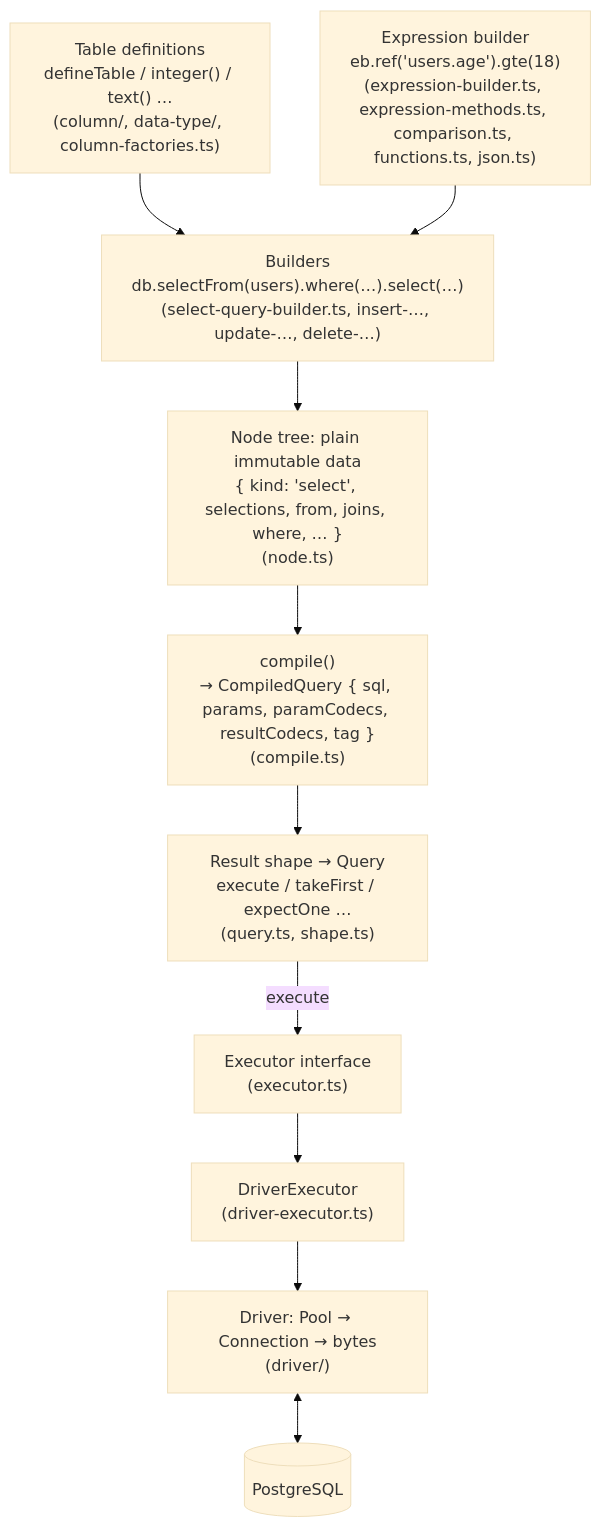
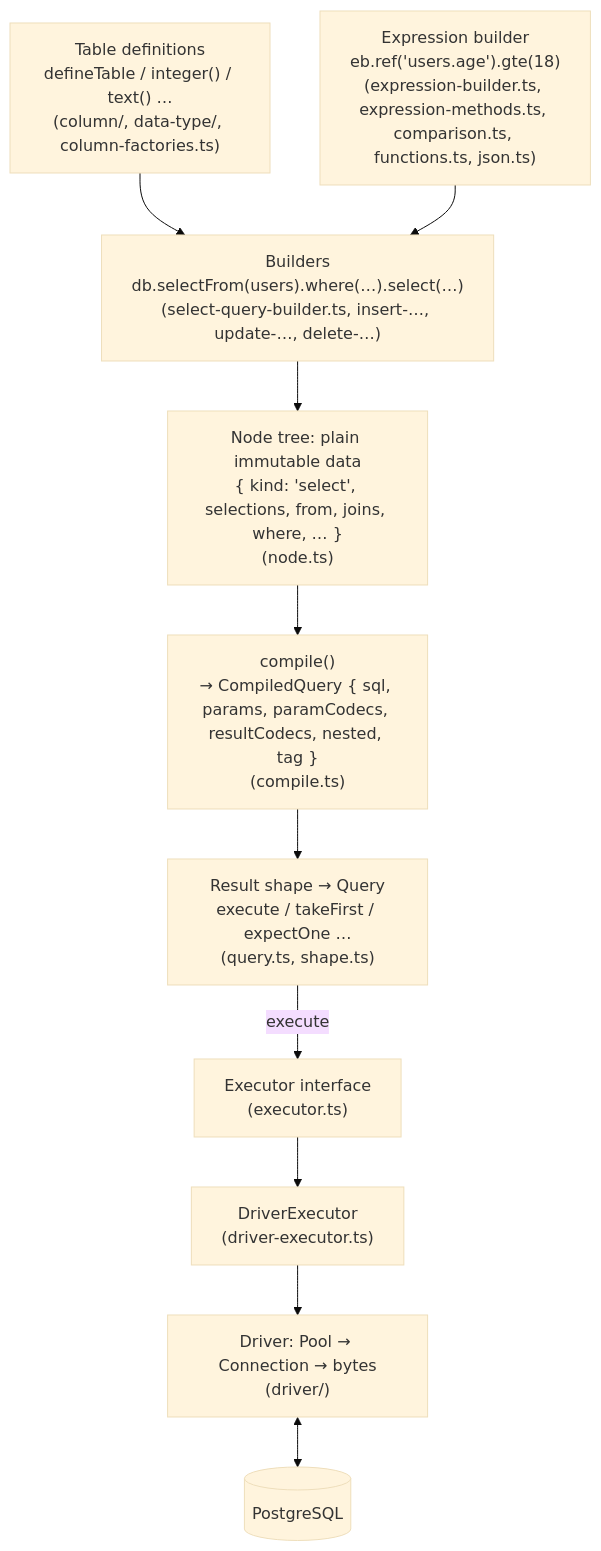
Before and after one commit to shlokdesai33/quarry: the diagram in src/ARCHITECTURE.md, drawn with Mermaid (base theme). The commit also changed other lines of this file and 37 other files, not shown here.

````diff
--- a/src/ARCHITECTURE.md
+++ b/src/ARCHITECTURE.md
@@ -115,22 +115,22 @@
 ```mermaid
 flowchart TD
     A["Table definitions<br/>defineTable / integer() / text() …<br/>(column/, data-type/, column-factories.ts)"]
     B["Builders<br/>db.selectFrom(users).where(…).select(…)<br/>(select-query-builder.ts, insert-…, update-…, delete-…)"]
     C["Expression builder<br/>eb.ref('users.age').gte(18)<br/>(expression-builder.ts, expression-methods.ts, comparison.ts, functions.ts, json.ts)"]
     D["Node tree: plain immutable data<br/>{ kind: 'select', selections, from, joins, where, … }<br/>(node.ts)"]
-    E["compile()<br/>→ CompiledQuery { sql, params, paramCodecs, resultCodecs, tag }<br/>(compile.ts)"]
+    E["compile()<br/>→ CompiledQuery { sql, params, paramCodecs, resultCodecs, nested, tag }<br/>(compile.ts)"]
     F["Result shape → Query<br/>execute / takeFirst / expectOne …<br/>(query.ts, shape.ts)"]
     G["Executor interface<br/>(executor.ts)"]
     H["DriverExecutor<br/>(driver-executor.ts)"]
     I["Driver: Pool → Connection → bytes<br/>(driver/)"]
     J[(PostgreSQL)]
     A --> B
     C --> B
     B --> D
     D --> E
     E --> F
     F -->|execute| G
     G --> H
     H --> I
     I <--> J
 ```
````
